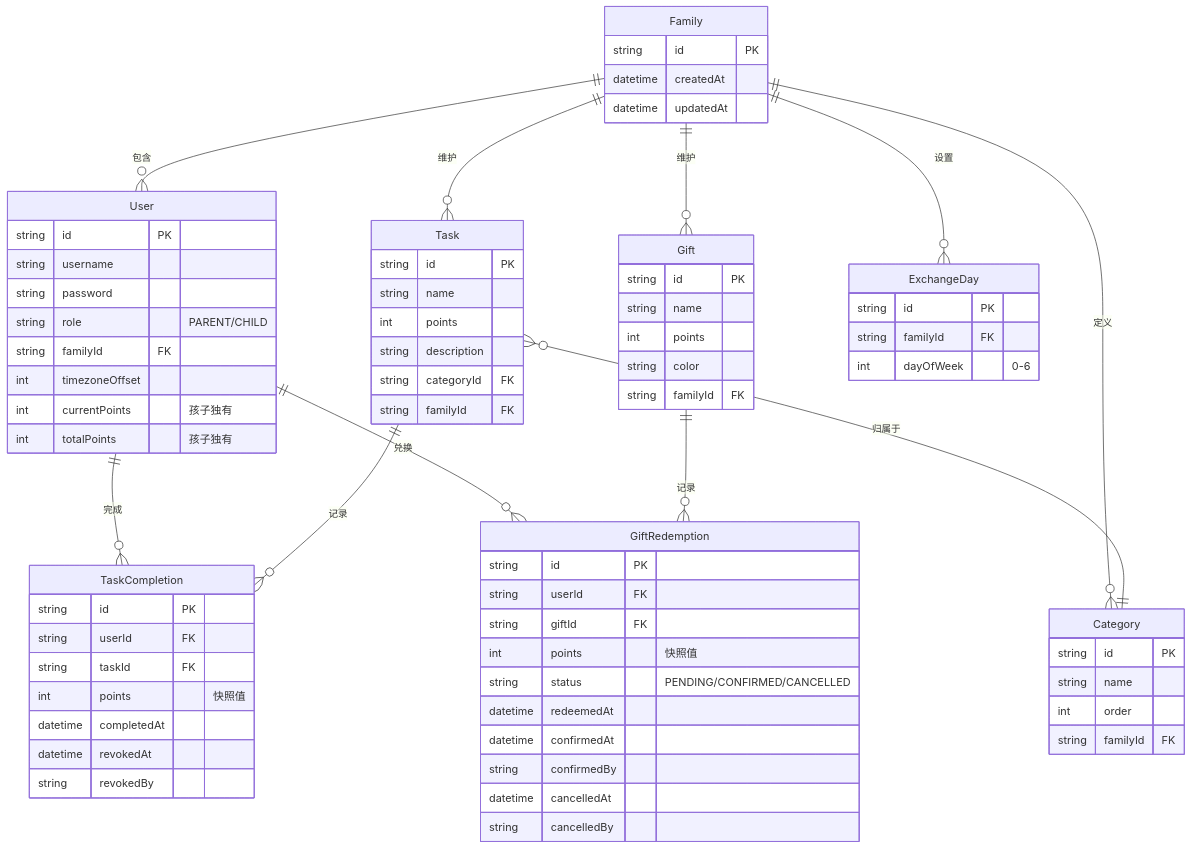
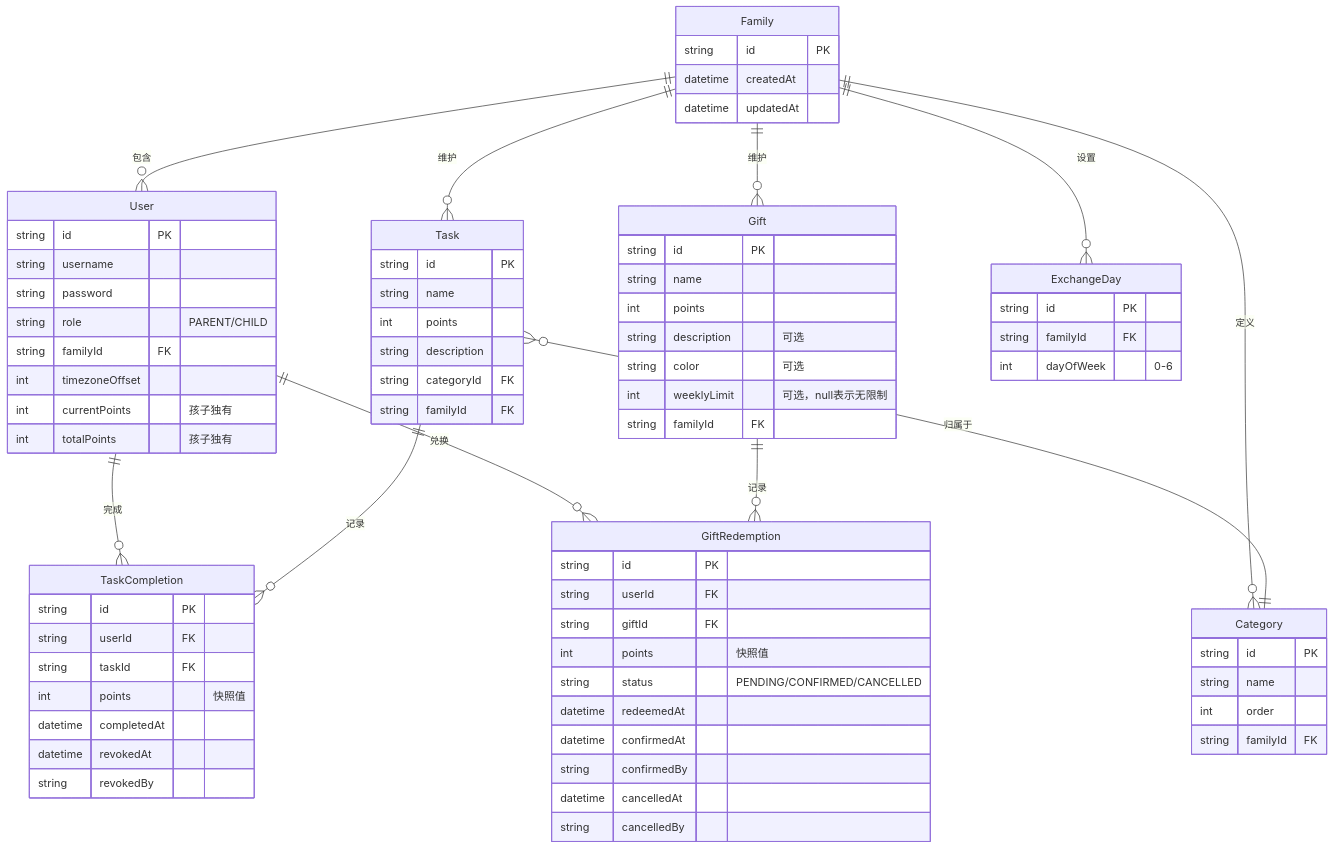
One commit to eliduty/growth-points changed the first of 10 diagrams in docs/superpowers/specs/2026-05-21-architecture-design.md. Above: the diagram before and after it, drawn with Mermaid. The commit also changed 6 other files, not shown here.

```diff
--- a/docs/superpowers/specs/2026-05-21-architecture-design.md
+++ b/docs/superpowers/specs/2026-05-21-architecture-design.md
@@ -84,7 +84,9 @@
         string id PK
         string name
         int points
-        string color
+        string description "可选"
+        string color "可选"
+        int weeklyLimit "可选，null表示无限制"
         string familyId FK
     }
     
```
